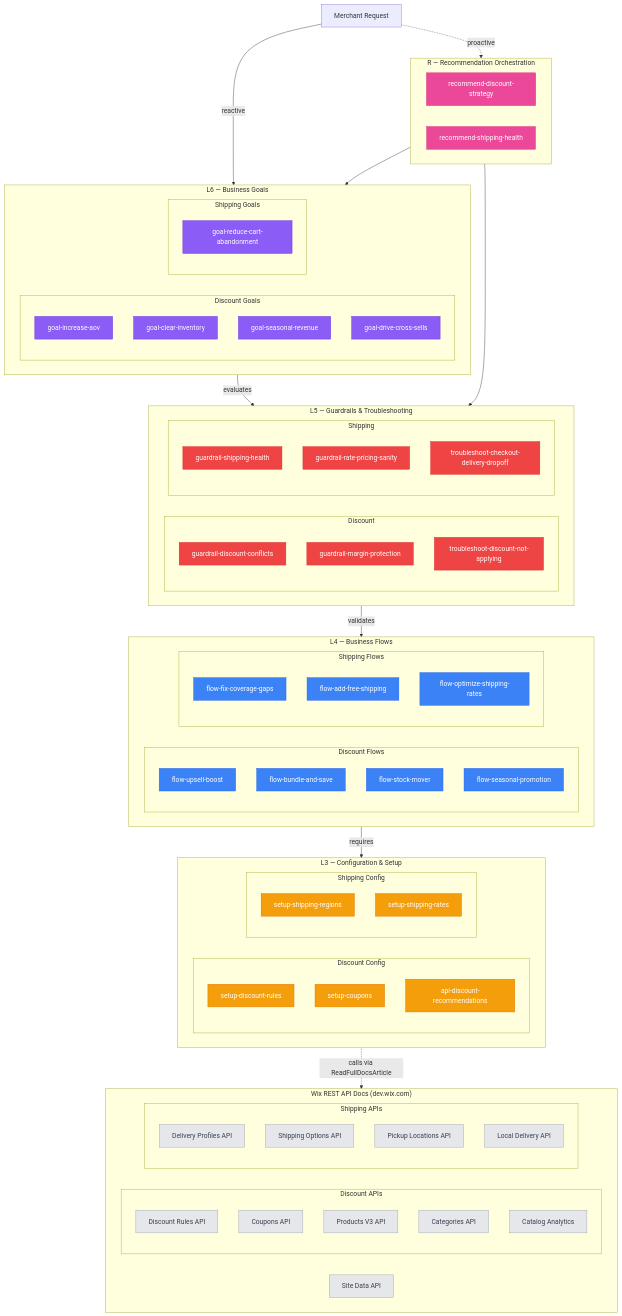
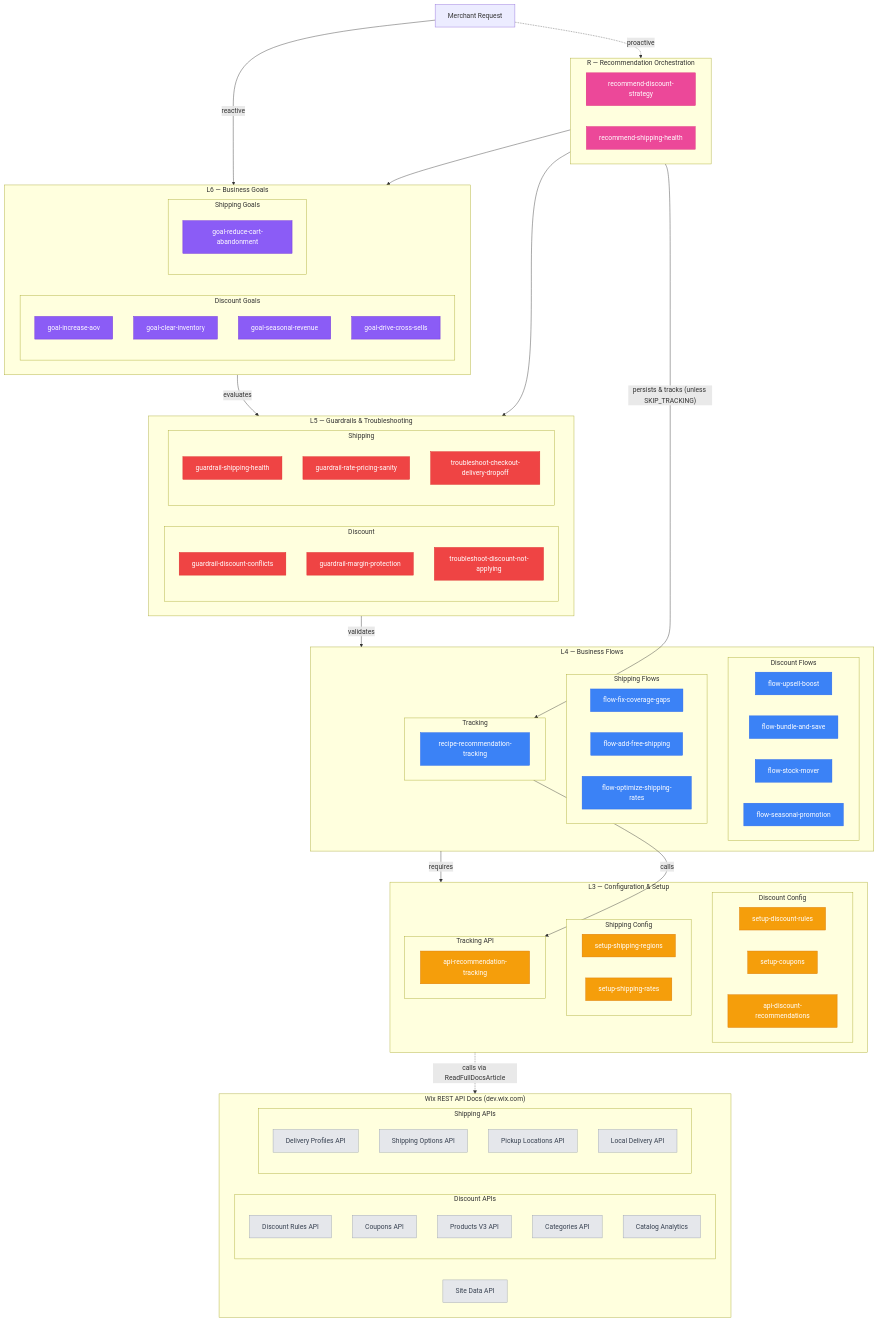
The diagram in skills/wix-manage/references/ecommerce/skill-graph.md (wix/skills), drawn with Mermaid before and after one commit. The commit also changed 3 other files, not shown here.

First line of the commit message:
feat(ecommerce): add standalone recommendation tracking skill with text-based gate

````diff
--- a/skills/wix-manage/references/ecommerce/skill-graph.md
+++ b/skills/wix-manage/references/ecommerce/skill-graph.md
@@ -59,9 +59,14 @@
             flow-add-free-shipping
             flow-optimize-shipping-rates
         end
+        subgraph L4T["Tracking"]
+            recipe-recommendation-tracking
+        end
     end
 
     L4 --> |requires| L3
+    R --> |"persists & tracks (unless SKIP_TRACKING)"| L4T
+    L4T --> |calls| L3T
 
     subgraph L3["L3 — Configuration & Setup"]
         subgraph L3D["Discount Config"]
@@ -72,6 +77,9 @@
         subgraph L3S["Shipping Config"]
             setup-shipping-regions
             setup-shipping-rates
+        end
+        subgraph L3T["Tracking API"]
+            api-recommendation-tracking
         end
     end
 
@@ -103,8 +111,8 @@
 
     class goal-increase-aov,goal-clear-inventory,goal-seasonal-revenue,goal-drive-cross-sells,goal-reduce-cart-abandonment l6
     class guardrail-discount-conflicts,guardrail-margin-protection,troubleshoot-discount-not-applying,guardrail-shipping-health,guardrail-rate-pricing-sanity,troubleshoot-checkout-delivery-dropoff l5
-    class flow-upsell-boost,flow-bundle-and-save,flow-stock-mover,flow-seasonal-promotion,flow-fix-coverage-gaps,flow-add-free-shipping,flow-optimize-shipping-rates l4
-    class setup-discount-rules,setup-coupons,api-discount-recommendations,setup-shipping-regions,setup-shipping-rates l3
+    class flow-upsell-boost,flow-bundle-and-save,flow-stock-mover,flow-seasonal-promotion,flow-fix-coverage-gaps,flow-add-free-shipping,flow-optimize-shipping-rates,recipe-recommendation-tracking l4
+    class setup-discount-rules,setup-coupons,api-discount-recommendations,setup-shipping-regions,setup-shipping-rates,api-recommendation-tracking l3
     class recommend-discount-strategy,recommend-shipping-health reco
     class D1,D2,D3,D4,D5,S1,S2,S3,S4,SD apidoc
 ```
````
